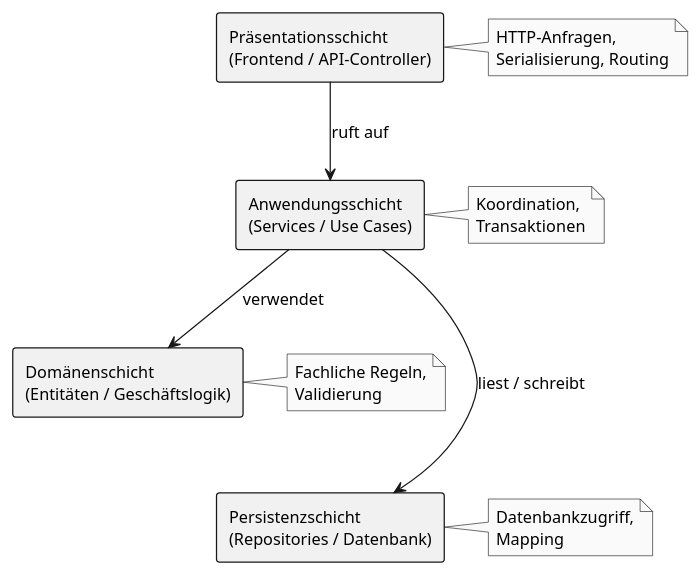
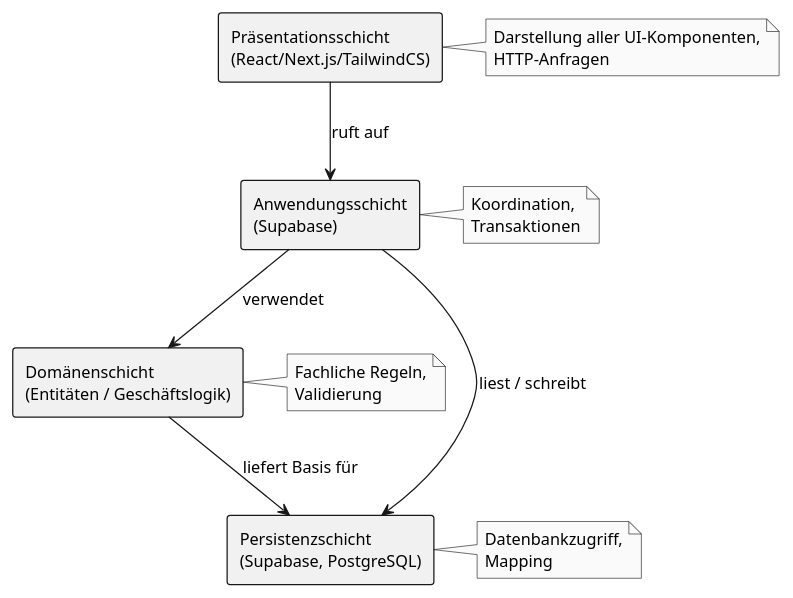
Before and after one commit to nac1dy/Habit-Tracker: the first of 5 diagrams in docs/technical/design.adoc, drawn with PlantUML. The commit also changed other lines of this file, not shown here.

```diff
--- a/docs/technical/design.adoc
+++ b/docs/technical/design.adoc
@@ -25,24 +25,24 @@
 [plantuml, layer-diagram, svg]
 ....
 @startuml
 skinparam monochrome true
 skinparam defaultFontSize 13
 skinparam rectangleBorderThickness 1
 
-rectangle "Präsentationsschicht\n(Frontend / API-Controller)" as presentation
-rectangle "Anwendungsschicht\n(Services / Use Cases)" as application
+rectangle "Präsentationsschicht\n(React/Next.js/TailwindCS)" as presentation
+rectangle "Anwendungsschicht\n(Supabase)" as application
 rectangle "Domänenschicht\n(Entitäten / Geschäftslogik)" as domain
-rectangle "Persistenzschicht\n(Repositories / Datenbank)" as persistence
+rectangle "Persistenzschicht\n(Supabase, PostgreSQL)" as persistence
 
 presentation -down-> application : ruft auf
 application -down-> domain : verwendet
 application -down-> persistence : liest / schreibt
-domain -[hidden]down- persistence
+domain -down-> persistence : liefert Basis für
 
-note right of presentation : HTTP-Anfragen,\nSerialisierung, Routing
+note right of presentation : Darstellung aller UI-Komponenten,\nHTTP-Anfragen
 note right of application : Koordination,\nTransaktionen
 note right of domain : Fachliche Regeln,\nValidierung
 note right of persistence : Datenbankzugriff,\nMapping
 
 @enduml
 ....
```
